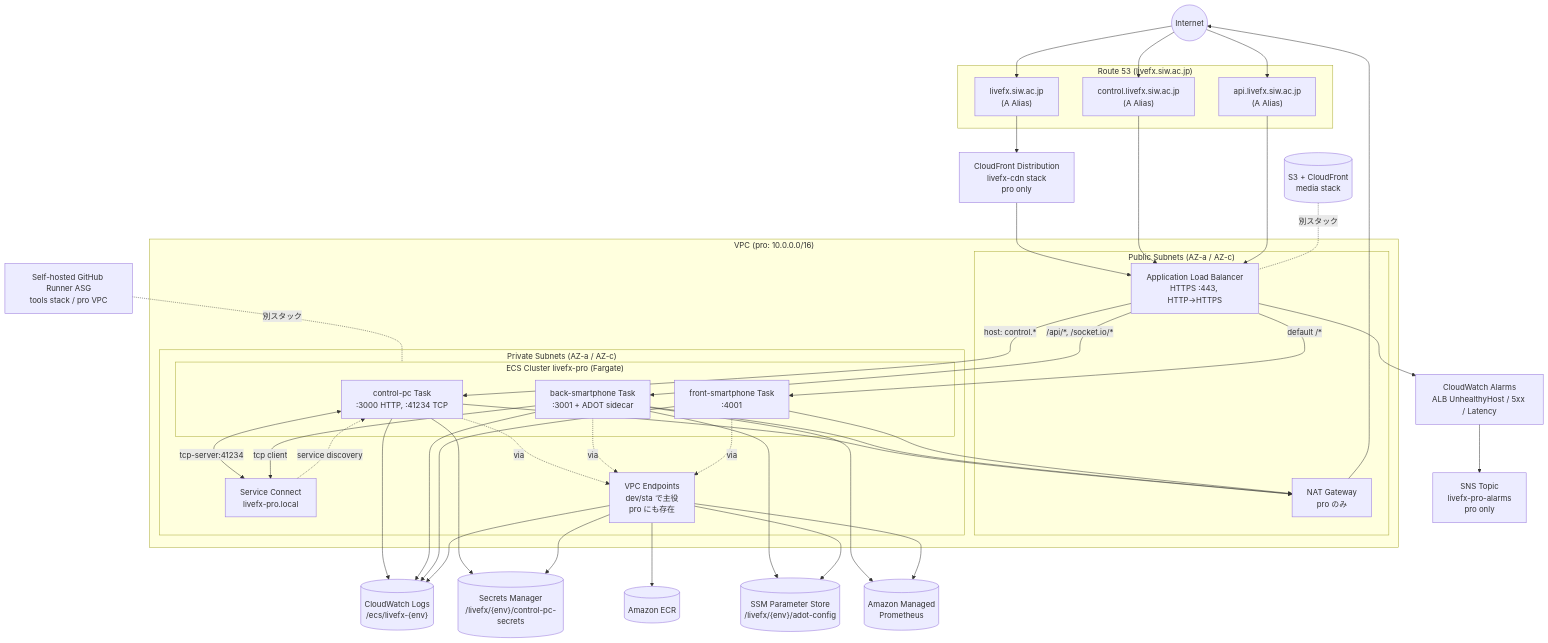
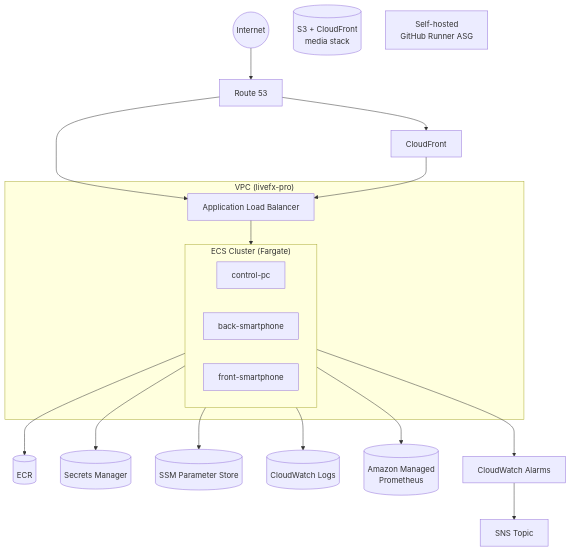
The second of 4 diagrams in blog/livefx-zenn.md (lvncers-knowledge-base/blog-memo), drawn with Mermaid before and after one commit. The commit also changed other lines of this file, not shown here.

````diff
--- a/blog/livefx-zenn.md
+++ b/blog/livefx-zenn.md
@@ -168,79 +166,39 @@
 ```mermaid
 flowchart TB
     Internet((Internet))
+    R53[Route 53]
+    CF[CloudFront]
 
-    subgraph DNS["Route 53 (livefx.siw.ac.jp)"]
-        R53Smart["livefx.siw.ac.jp<br/>(A Alias)"]
-        R53Control["control.livefx.siw.ac.jp<br/>(A Alias)"]
-        R53Api["api.livefx.siw.ac.jp<br/>(A Alias)"]
-    end
-
-    CF[CloudFront Distribution<br/>livefx-cdn stack<br/>pro only]
-
-    subgraph VPC["VPC (pro: 10.0.0.0/16)"]
-        subgraph Pub["Public Subnets (AZ-a / AZ-c)"]
-            ALB[Application Load Balancer<br/>HTTPS :443, HTTP→HTTPS]
-            NAT[NAT Gateway<br/>pro のみ]
-        end
-        subgraph Priv["Private Subnets (AZ-a / AZ-c)"]
-            subgraph Cluster["ECS Cluster livefx-pro (Fargate)"]
-                ControlTask["control-pc Task<br/>:3000 HTTP, :41234 TCP"]
-                BackTask["back-smartphone Task<br/>:3001 + ADOT sidecar"]
-                FrontTask["front-smartphone Task<br/>:4001"]
-            end
-            SC["Service Connect<br/>livefx-pro.local"]
-            VPCE["VPC Endpoints<br/>dev/sta で主役<br/>pro にも存在"]
+    subgraph VPC["VPC (livefx-pro)"]
+        ALB[Application Load Balancer]
+        subgraph ECS["ECS Cluster (Fargate)"]
+            ControlPC[control-pc]
+            BackSP[back-smartphone]
+            FrontSP[front-smartphone]
         end
     end
 
-    ECR[("Amazon ECR")]
-    SM[("Secrets Manager<br/>/livefx/{env}/control-pc-secrets")]
-    SSM[("SSM Parameter Store<br/>/livefx/{env}/adot-config")]
-    Logs[("CloudWatch Logs<br/>/ecs/livefx-{env}")]
+    ECR[("ECR")]
+    SM[("Secrets Manager")]
+    SSM[("SSM Parameter Store")]
+    Logs[("CloudWatch Logs")]
     AMP[("Amazon Managed<br/>Prometheus")]
-    Alarms[CloudWatch Alarms<br/>ALB UnhealthyHost / 5xx / Latency]
-    SNS[SNS Topic<br/>livefx-pro-alarms<br/>pro only]
+    Alarms[CloudWatch Alarms]
+    SNS[SNS Topic]
     Media[("S3 + CloudFront<br/>media stack")]
-    Runner[Self-hosted GitHub Runner ASG<br/>tools stack / pro VPC]
+    Runner[Self-hosted<br/>GitHub Runner ASG]
 
-    Internet --> R53Smart
-    Internet --> R53Control
-    Internet --> R53Api
-    R53Smart --> CF
+    Internet --> R53
+    R53 --> CF
+    R53 --> ALB
     CF --> ALB
-    R53Control --> ALB
-    R53Api --> ALB
+    ALB --> ECS
 
-    ALB -->|host: control.*| ControlTask
-    ALB -->|"/api/*, /socket.io/*"| BackTask
-    ALB -->|default /*| FrontTask
-
-    ControlTask <-->|tcp-server:41234| SC
-    BackTask -->|tcp client| SC
-    SC -.->|service discovery| ControlTask
-
-    ControlTask --> Logs
-    BackTask --> Logs
-    FrontTask --> Logs
-    BackTask --> AMP
-
-    ControlTask --> SM
-    BackTask --> SSM
-
-    ControlTask --> NAT
-    BackTask --> NAT
-    FrontTask --> NAT
-    ControlTask -. via .-> VPCE
-    BackTask -. via .-> VPCE
-    FrontTask -. via .-> VPCE
-    NAT --> Internet
-    VPCE --> ECR
-    VPCE --> SM
-    VPCE --> SSM
-    VPCE --> Logs
-    VPCE --> AMP
-
-    ALB --> Alarms --> SNS
-    Media -. 別スタック .- ALB
-    Runner -. 別スタック .- Cluster
+    ECS --> ECR
+    ECS --> SM
+    ECS --> SSM
+    ECS --> Logs
+    ECS --> AMP
+    ECS --> Alarms
+    Alarms --> SNS
 ```
````
